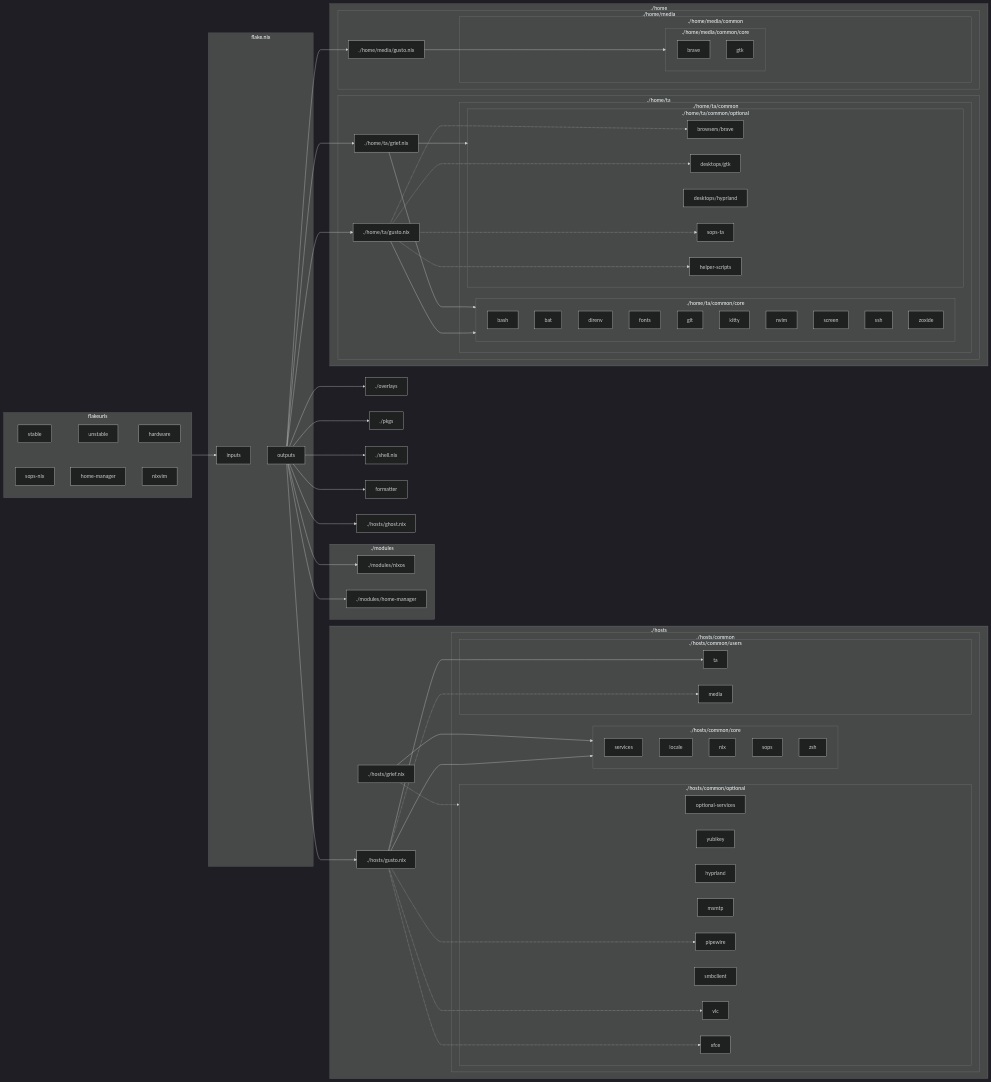
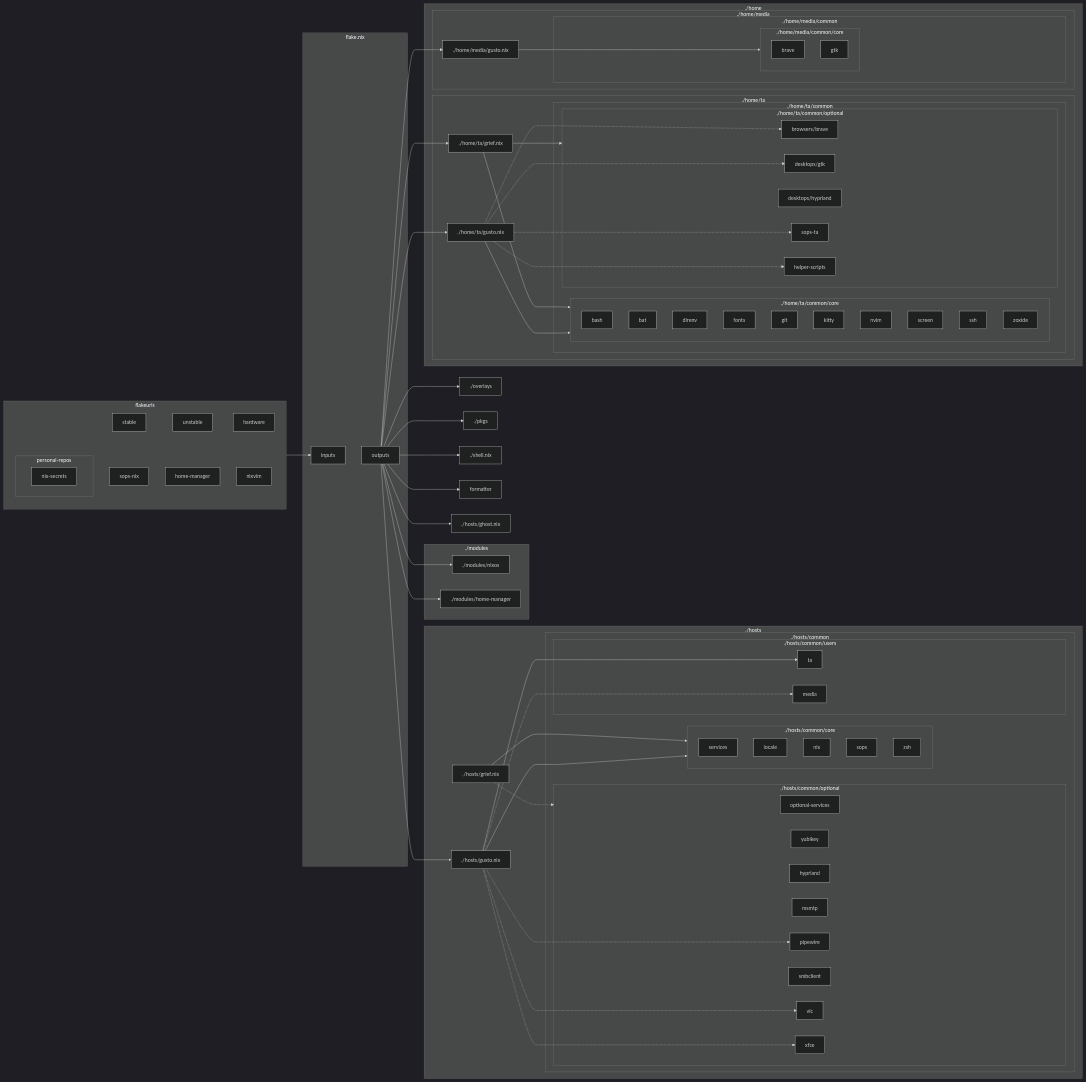
Before and after one commit to DrymarchonShaun/nix-config: the diagram in docs/anatomy.md, drawn with Mermaid (dark theme).

Commit message:
docs: add nix-secrets to mermaid diagram

```diff
--- a/docs/anatomy.md
+++ b/docs/anatomy.md
@@ -21,6 +21,9 @@
     stable ~~~ sops-nix
     unstable ~~~ home-manager
     hardware  ~~~ nixvim
+    subgraph personal-repos
+      nix-secrets
+    end
   end
 
   subgraph flake.nix
```
